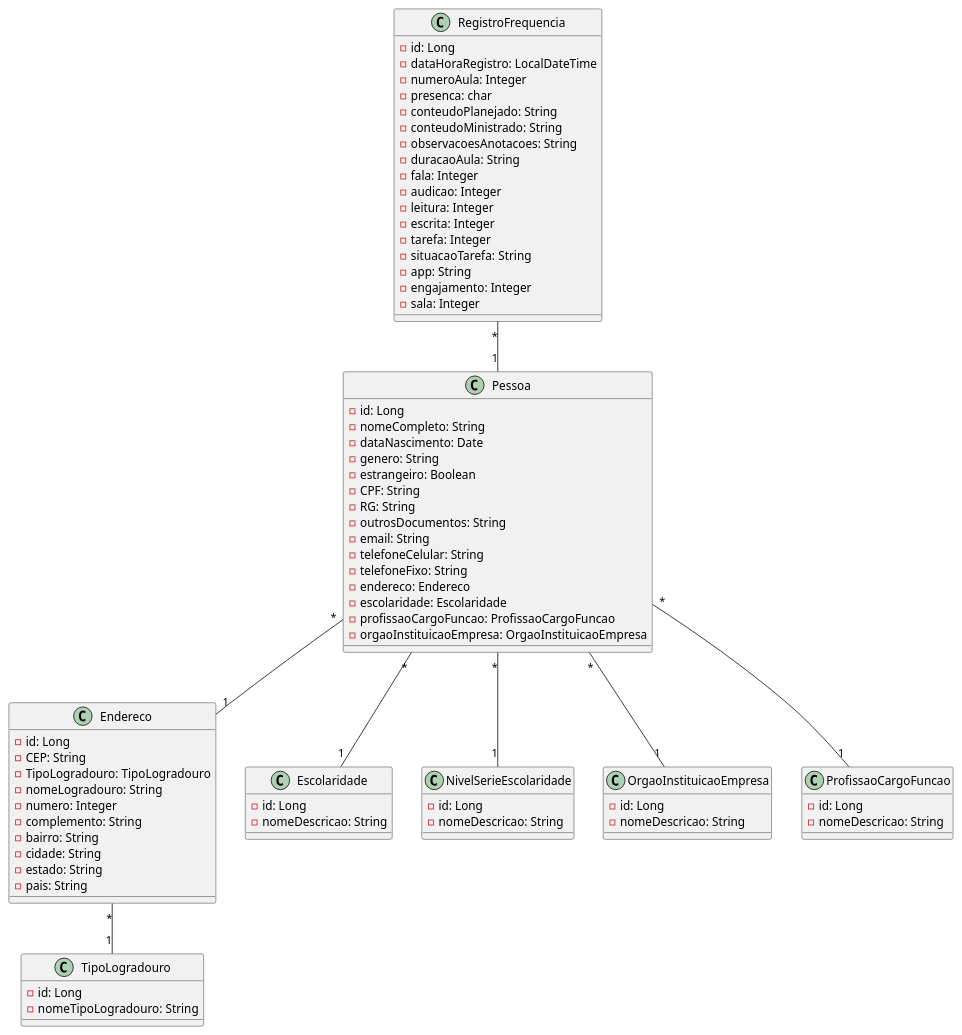
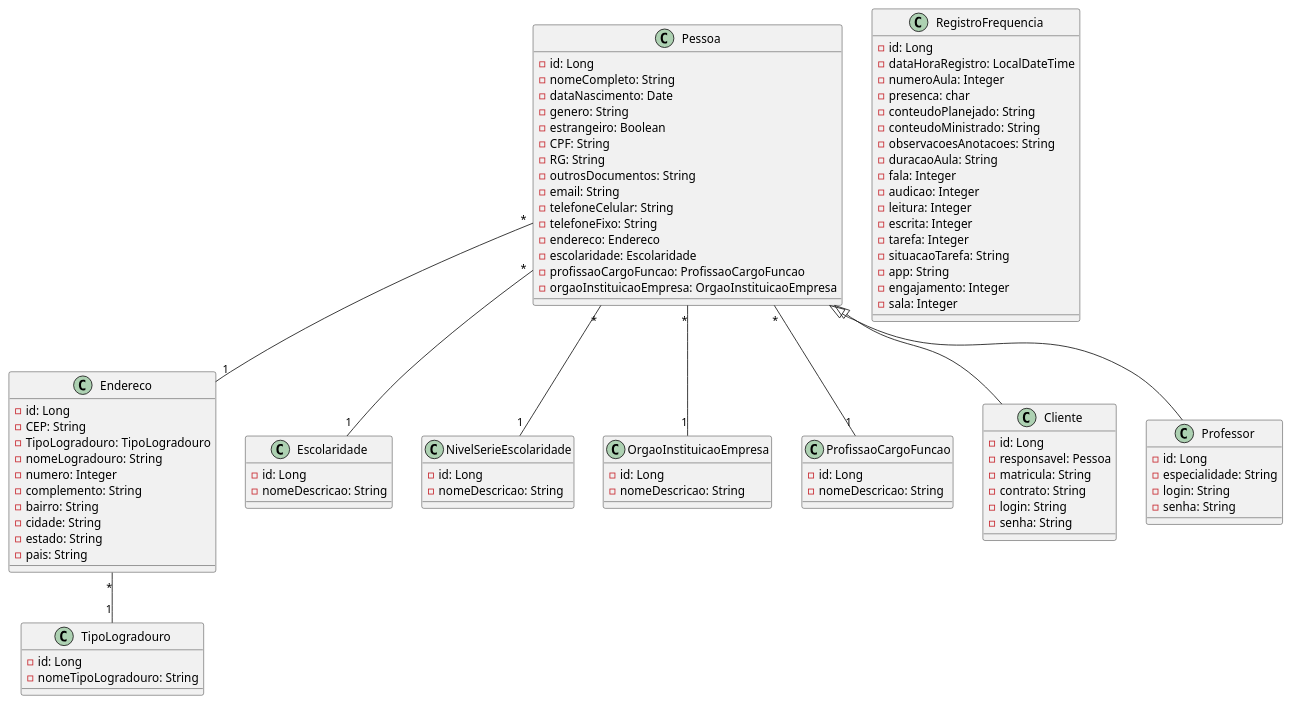
One commit to Vitor-rs/AgePlan_backend changed the diagram in docs/diagrams/dc_entidadesPrincipais.puml. Above: the diagram before and after it, drawn with PlantUML. The commit also changed 7 other files, not shown here.

```diff
--- a/docs/diagrams/dc_entidadesPrincipais.puml
+++ b/docs/diagrams/dc_entidadesPrincipais.puml
@@ -1,90 +1,106 @@
 @startuml
 
 class Pessoa {
     - id: Long
     - nomeCompleto: String
     - dataNascimento: Date
     - genero: String
     - estrangeiro: Boolean
     - CPF: String
     - RG: String
     - outrosDocumentos: String
     - email: String
     - telefoneCelular: String
     - telefoneFixo: String
     - endereco: Endereco
     - escolaridade: Escolaridade
     - profissaoCargoFuncao: ProfissaoCargoFuncao
     - orgaoInstituicaoEmpresa: OrgaoInstituicaoEmpresa
 }
 
 class Endereco {
     - id: Long
     - CEP: String
     - TipoLogradouro: TipoLogradouro
     - nomeLogradouro: String
     - numero: Integer
     - complemento: String
     - bairro: String
     - cidade: String
     - estado: String
     - pais: String
 }
 
 class TipoLogradouro {
     - id: Long
     - nomeTipoLogradouro: String
 }
 
 class Escolaridade {
     - id: Long
     - nomeDescricao: String
 }
 
 class NivelSerieEscolaridade {
     - id: Long
     - nomeDescricao: String
 }
 
 class OrgaoInstituicaoEmpresa {
     - id: Long
     - nomeDescricao: String
 }
 
 class ProfissaoCargoFuncao {
     - id: Long
     - nomeDescricao: String
 }
 
 class RegistroFrequencia {
     - id: Long
     - dataHoraRegistro: LocalDateTime
     - numeroAula: Integer
     - presenca: char
     - conteudoPlanejado: String
     - conteudoMinistrado: String
     - observacoesAnotacoes: String
     - duracaoAula: String
     - fala: Integer
     - audicao: Integer
     - leitura: Integer
     - escrita: Integer
     - tarefa: Integer
     - situacaoTarefa: String
     - app: String
     - engajamento: Integer
     - sala: Integer
 }
 
 
+class Cliente extends Pessoa {
+    - id: Long
+    - responsavel: Pessoa
+    - matricula: String
+    - contrato: String
+    - login: String
+    - senha: String
+}
+
+class Professor extends Pessoa {
+    - id: Long
+    - especialidade: String
+    - login: String
+    - senha: String
+}
+
+
+
+
 Pessoa "*" -- "1" Endereco
 Pessoa "*" -- "1" Escolaridade
 Pessoa "*" -- "1" NivelSerieEscolaridade
 Pessoa "*" -- "1" ProfissaoCargoFuncao
 Pessoa "*" -- "1" OrgaoInstituicaoEmpresa
-
 Endereco "*" -- "1" TipoLogradouro
 
-RegistroFrequencia "*" -- "1" Pessoa
-
 @enduml
```
